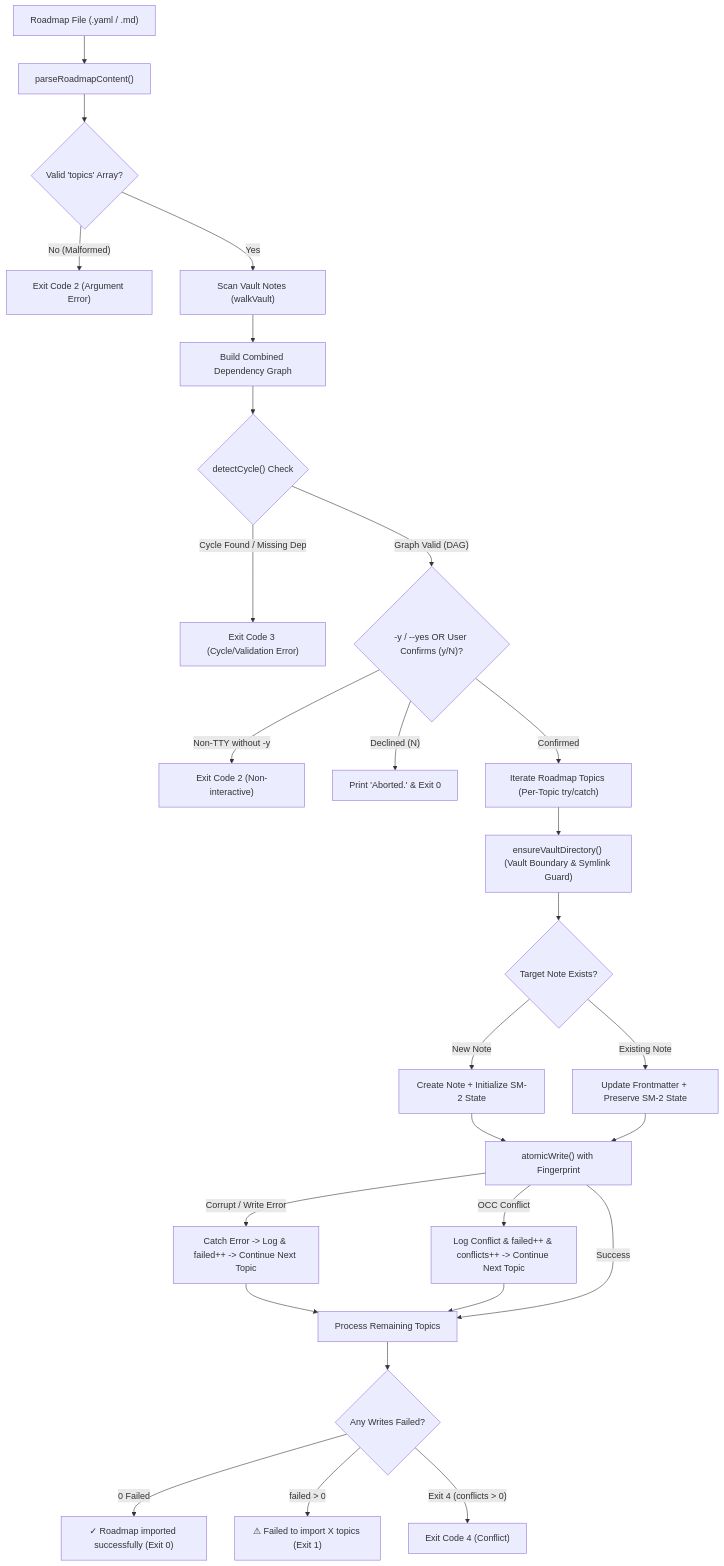
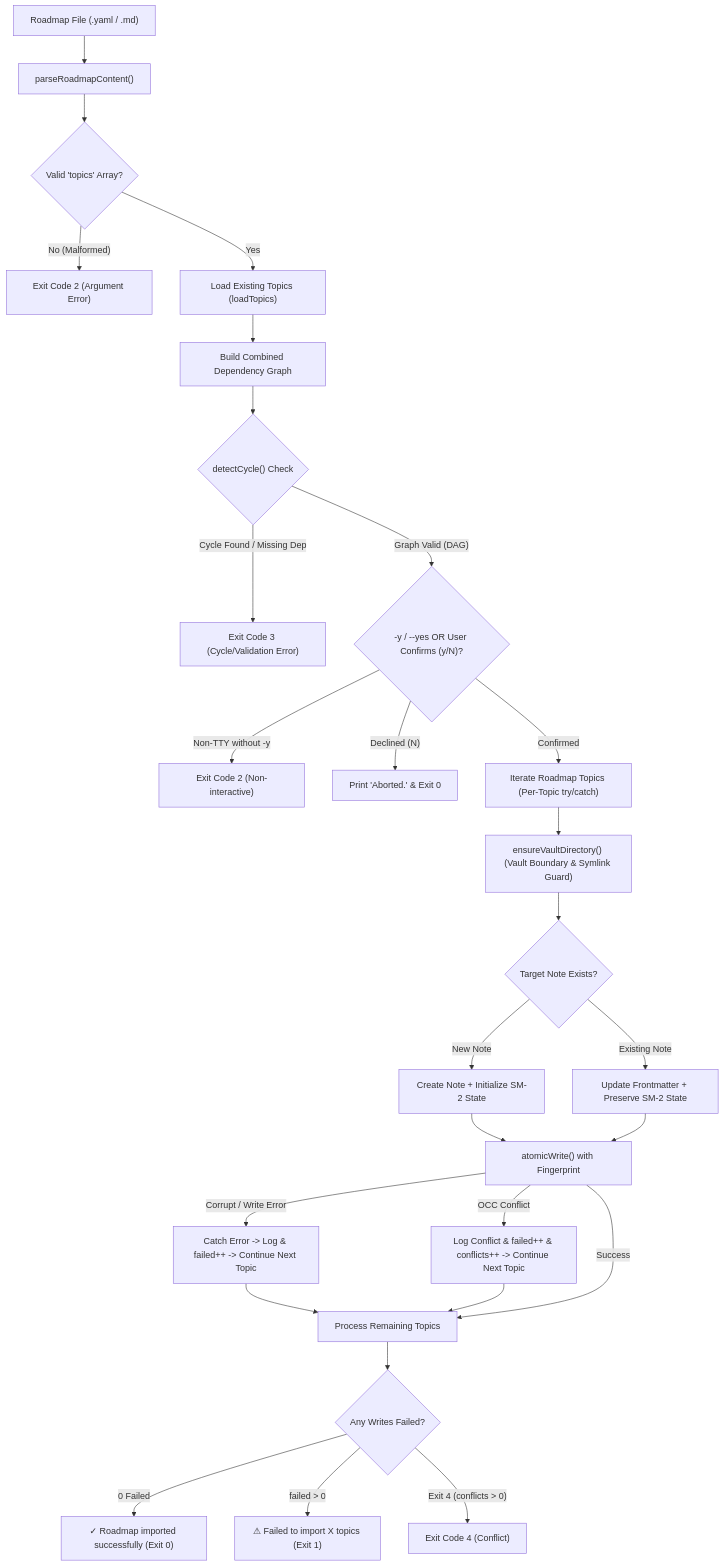
Before and after one commit to Kuldeep2822k/cli: the second of 2 diagrams in docs/02-1-topic-management-commands.md, drawn with Mermaid. The commit also changed 13 other files, not shown here.

````diff
--- a/docs/02-1-topic-management-commands.md
+++ b/docs/02-1-topic-management-commands.md
@@ -231,35 +231,35 @@
 ```mermaid
 flowchart TD
     RoadmapFile["Roadmap File (.yaml / .md)"] --> Parser["parseRoadmapContent()"]
     Parser --> ValidStruct{"Valid 'topics' Array?"}
     
     ValidStruct -->|"No (Malformed)"| ErrStruct["Exit Code 2 (Argument Error)"]
-    ValidStruct -->|"Yes"| WalkExisting["Scan Vault Notes (walkVault)"]
+    ValidStruct -->|"Yes"| LoadExisting["Load Existing Topics (loadTopics)"]
     
-    WalkExisting --> GraphBuild["Build Combined Dependency Graph"]
+    LoadExisting --> GraphBuild["Build Combined Dependency Graph"]
     GraphBuild --> CycleCheck{"detectCycle() Check"}
     
     CycleCheck -->|"Cycle Found / Missing Dep"| ErrCycle["Exit Code 3 (Cycle/Validation Error)"]
     CycleCheck -->|"Graph Valid (DAG)"| PromptCheck{"-y / --yes OR User Confirms (y/N)?"}
     
     PromptCheck -->|"Non-TTY without -y"| ErrTTY["Exit Code 2 (Non-interactive)"]
     PromptCheck -->|"Declined (N)"| Abort["Print 'Aborted.' & Exit 0"]
     PromptCheck -->|"Confirmed"| ImportLoop["Iterate Roadmap Topics (Per-Topic try/catch)"]
     
     ImportLoop --> DirCheck["ensureVaultDirectory() (Vault Boundary & Symlink Guard)"]
     DirCheck --> PathCheck{"Target Note Exists?"}
     PathCheck -->|"New Note"| CreateNote["Create Note + Initialize SM-2 State"]
     PathCheck -->|"Existing Note"| UpdateNote["Update Frontmatter + Preserve SM-2 State"]
     
     CreateNote & UpdateNote --> AtomicOp["atomicWrite() with Fingerprint"]
     AtomicOp -->|"Corrupt / Write Error"| CatchErr["Catch Error -> Log & failed++ -> Continue Next Topic"]
     AtomicOp -->|"OCC Conflict"| CatchOCC["Log Conflict & failed++ & conflicts++ -> Continue Next Topic"]
     CatchErr --> NextTopic["Process Remaining Topics"]
     CatchOCC --> NextTopic
     AtomicOp -->|"Success"| NextTopic
     NextTopic --> FinalResult{"Any Writes Failed?"}
     
     FinalResult -->|"0 Failed"| Success["✓ Roadmap imported successfully (Exit 0)"]
     FinalResult -->|"failed > 0"| PartialFail["⚠ Failed to import X topics (Exit 1)"]
     FinalResult -->|"Exit 4 (conflicts > 0)"| ConflictExit["Exit Code 4 (Conflict)"]
 ```
````
